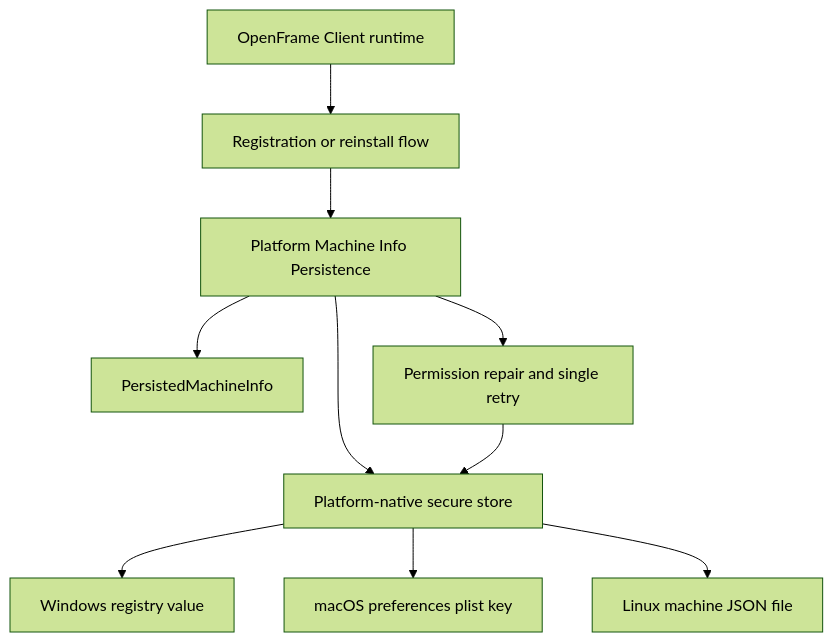
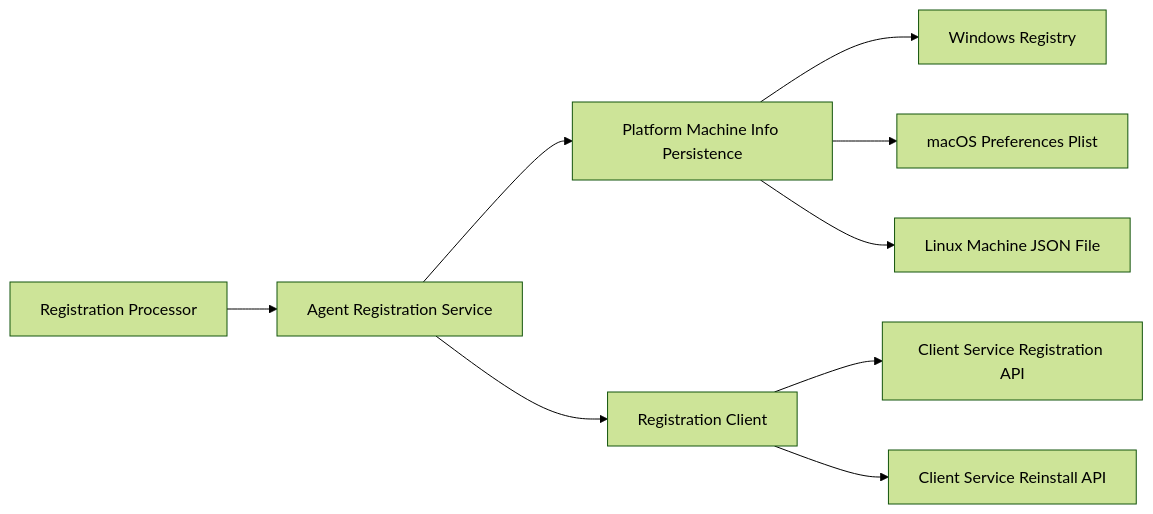
Before and after one commit to flamingo-stack/openframe-oss-tenant: the first of 3 diagrams in docs/reference/architecture/openframe-client-core/platform-machine-info-persistence/platform-machine-info-persistence.md, drawn with Mermaid (forest theme). The commit also changed other lines of this file and 2377 other files, not shown here.

````diff
--- a/docs/reference/architecture/openframe-client-core/platform-machine-info-persistence/platform-machine-info-persistence.md
+++ b/docs/reference/architecture/openframe-client-core/platform-machine-info-persistence/platform-machine-info-persistence.md
@@ -38,12 +36,11 @@
 ```mermaid
-flowchart TD
-    ClientRuntime["OpenFrame Client runtime"] --> RegistrationFlow["Registration or reinstall flow"]
-    RegistrationFlow --> PersistenceApi["Platform Machine Info Persistence"]
-    PersistenceApi --> RecordModel["PersistedMachineInfo"]
-    PersistenceApi --> PlatformStore["Platform-native secure store"]
-    PlatformStore --> WindowsStore["Windows registry value"]
-    PlatformStore --> MacStore["macOS preferences plist key"]
-    PlatformStore --> LinuxStore["Linux machine JSON file"]
-    PersistenceApi --> PermissionRecovery["Permission repair and single retry"]
-    PermissionRecovery --> PlatformStore
+flowchart LR
+    RegistrationProcessor["Registration Processor"] --> RegistrationService["Agent Registration Service"]
+    RegistrationService --> Persistence["Platform Machine Info Persistence"]
+    RegistrationService --> RegistrationClient["Registration Client"]
+    Persistence --> WindowsStore["Windows Registry"]
+    Persistence --> MacStore["macOS Preferences Plist"]
+    Persistence --> LinuxStore["Linux Machine JSON File"]
+    RegistrationClient --> ClientService["Client Service Registration API"]
+    RegistrationClient --> ReinstallService["Client Service Reinstall API"]
 ```
````
